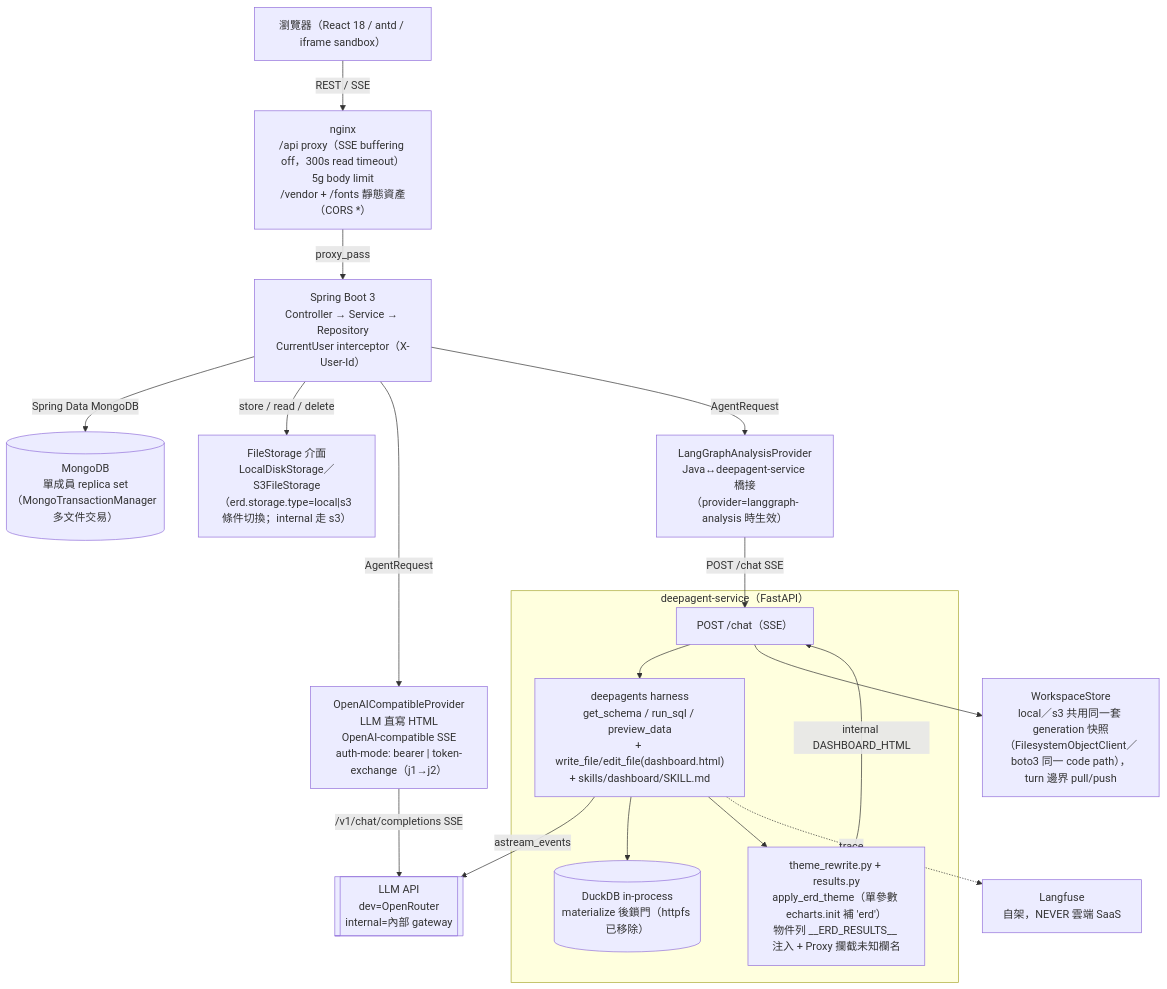
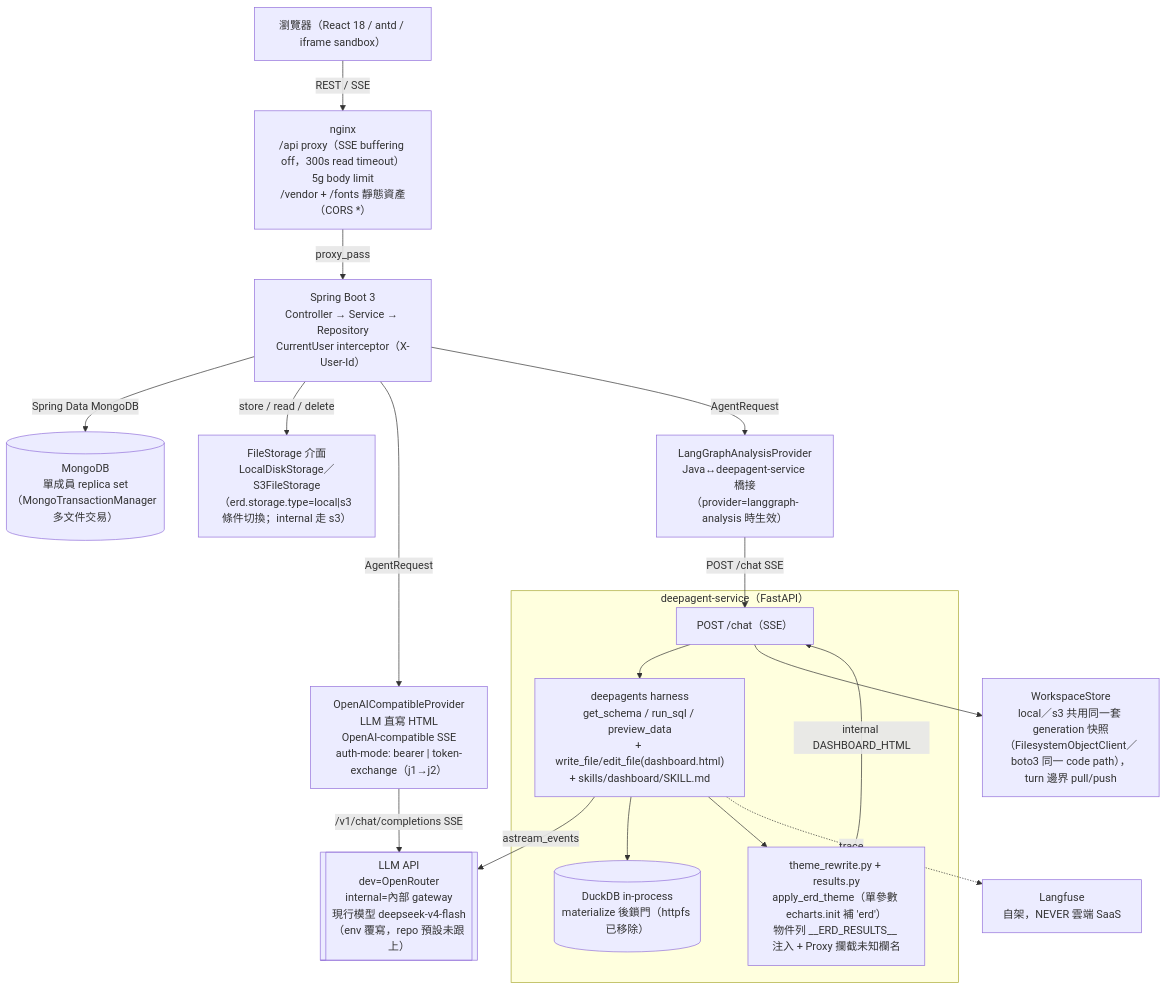
One commit to Michelle12369/cowork changed the first of 4 diagrams in docs/architecture.md. Above: the diagram before and after it, drawn with Mermaid. The commit also changed other lines of this file and 3 other files, not shown here.

First line of the commit message:
docs: 專案狀態同步到 2026-09-11——模型換 deepseek-v4-flash、harness 前提、sandbox backend 與 VLM 路線圖

````diff
--- a/docs/architecture.md
+++ b/docs/architecture.md
@@ -11,40 +12,40 @@
 ```mermaid
 graph TD
     Browser["瀏覽器（React 18 / antd / iframe sandbox）"]
     Nginx["nginx\n/api proxy（SSE buffering off，300s read timeout）\n5g body limit\n/vendor + /fonts 靜態資產（CORS *）"]
     Spring["Spring Boot 3\nController → Service → Repository\nCurrentUser interceptor（X-User-Id）"]
     Mongo[("MongoDB\n單成員 replica set（MongoTransactionManager 多文件交易）")]
     FileStorage["FileStorage 介面\nLocalDiskStorage／S3FileStorage（erd.storage.type=local|s3 條件切換；internal 走 s3）"]
 
     OpenAICompatible["OpenAICompatibleProvider\nLLM 直寫 HTML\nOpenAI-compatible SSE\nauth-mode: bearer | token-exchange（j1→j2）"]
     LangGraphAnalysis["LangGraphAnalysisProvider\nJava↔deepagent-service 橋接\n（provider=langgraph-analysis 時生效）"]
 
     subgraph DeepAgent["deepagent-service（FastAPI）"]
         FastAPIChat["POST /chat（SSE）"]
         DeepAgentsHarness["deepagents harness\nget_schema / run_sql / preview_data\n+ write_file/edit_file(dashboard.html)\n+ skills/dashboard/SKILL.md"]
         DuckDBEngine[("DuckDB in-process\nmaterialize 後鎖門（httpfs 已移除）")]
         ThemeInject["theme_rewrite.py + results.py\napply_erd_theme（單參數 echarts.init 補 'erd'）\n物件列 __ERD_RESULTS__ 注入 + Proxy 攔截未知欄名"]
     end
 
     WorkspaceStore["WorkspaceStore\nlocal／s3 共用同一套 generation 快照（FilesystemObjectClient／boto3 同一 code path），turn 邊界 pull/push"]
-    LLMAPI[["LLM API\ndev=OpenRouter\ninternal=內部 gateway"]]
+    LLMAPI[["LLM API\ndev=OpenRouter\ninternal=內部 gateway\n現行模型 deepseek-v4-flash（env 覆寫，repo 預設未跟上）"]]
     Langfuse["Langfuse\n自架，NEVER 雲端 SaaS"]
 
     Browser -->|REST / SSE| Nginx
     Nginx -->|proxy_pass| Spring
     Spring -->|Spring Data MongoDB| Mongo
     Spring -->|store / read / delete| FileStorage
 
     Spring -->|AgentRequest| OpenAICompatible
     OpenAICompatible -->|/v1/chat/completions SSE| LLMAPI
 
     Spring -->|AgentRequest| LangGraphAnalysis
     LangGraphAnalysis -->|POST /chat SSE| FastAPIChat
     FastAPIChat --> DeepAgentsHarness
     DeepAgentsHarness -->|astream_events| LLMAPI
     DeepAgentsHarness --> DuckDBEngine
     DeepAgentsHarness --> ThemeInject
     ThemeInject -->|internal DASHBOARD_HTML| FastAPIChat
     FastAPIChat --> WorkspaceStore
     DeepAgentsHarness -.trace.-> Langfuse
 ```
````
